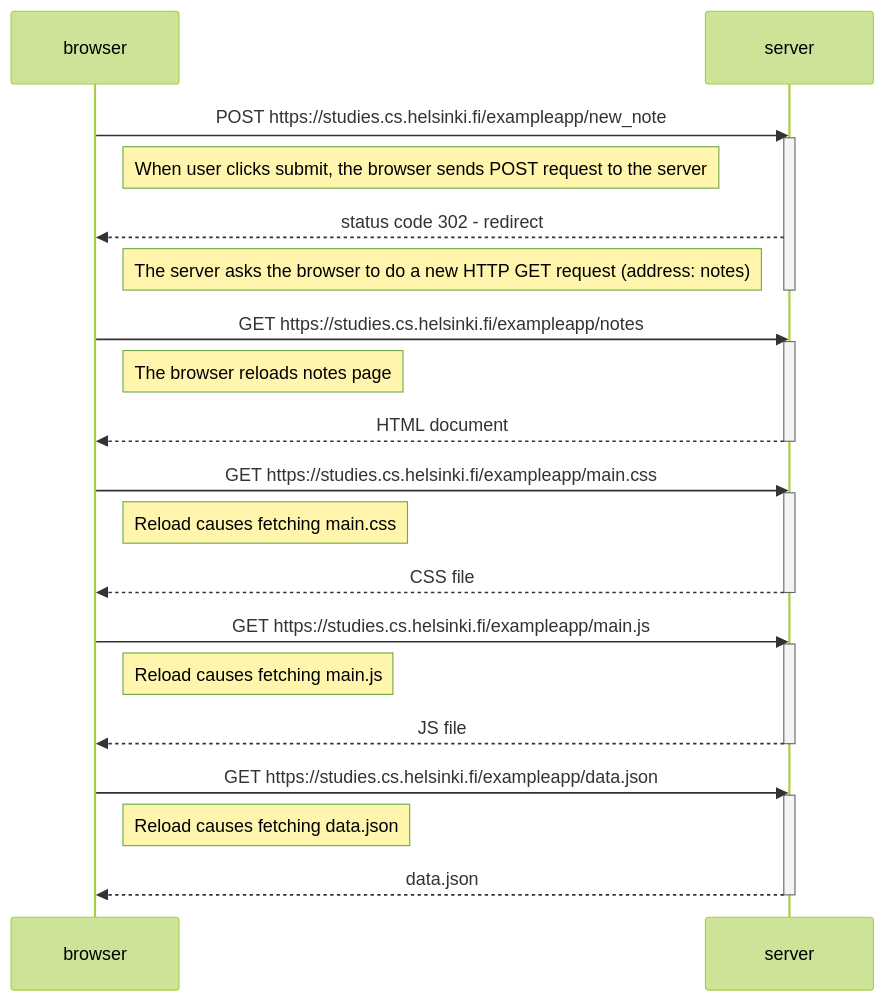
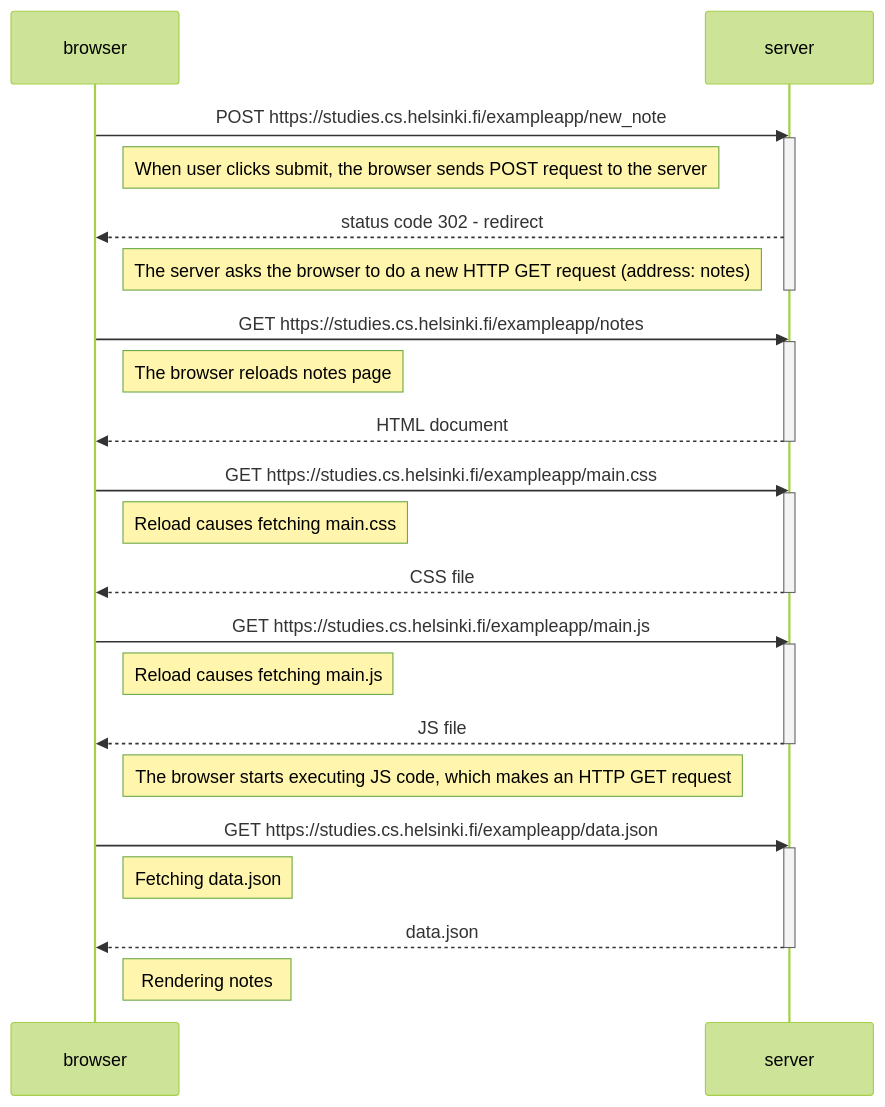
One commit to agnkos/fullstackopen changed the diagram in part0/0.4 new note diagram/diagram.md. Above: the diagram before and after it, drawn with Mermaid (forest theme).

````diff
--- a/part0/0.4 new note diagram/diagram.md
+++ b/part0/0.4 new note diagram/diagram.md
@@ -1,37 +1,39 @@
 ```mermaid
 sequenceDiagram
     participant browser
     participant server
 
 browser->>server: POST https://studies.cs.helsinki.fi/exampleapp/new_note
 activate server
 Note right of browser: When user clicks submit, the browser sends POST request to the server
 server-->>browser: status code 302 - redirect
 Note right of browser: The server asks the browser to do a new HTTP GET request (address: notes)
 deactivate server
 
 browser->>server: GET https://studies.cs.helsinki.fi/exampleapp/notes
 activate server
 Note right of browser: The browser reloads notes page
 server-->>browser: HTML document
 deactivate server
 
 browser->>server: GET https://studies.cs.helsinki.fi/exampleapp/main.css
 activate server
 Note right of browser: Reload causes fetching main.css
 server-->>browser: CSS file
 deactivate server
 
 browser->>server: GET https://studies.cs.helsinki.fi/exampleapp/main.js
 activate server
 Note right of browser: Reload causes fetching main.js
 server-->>browser: JS file
 deactivate server
+Note right of browser: The browser starts executing JS code, which makes an HTTP GET request
 
 browser->>server: GET https://studies.cs.helsinki.fi/exampleapp/data.json
 activate server
-Note right of browser: Reload causes fetching data.json
+Note right of browser: Fetching data.json
 server-->>browser: data.json
 deactivate server
+Note right of browser: Rendering notes
 
 ```
````
